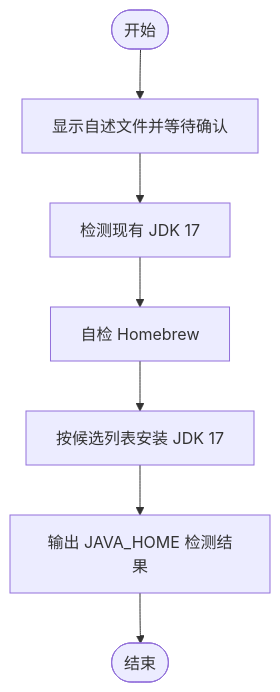
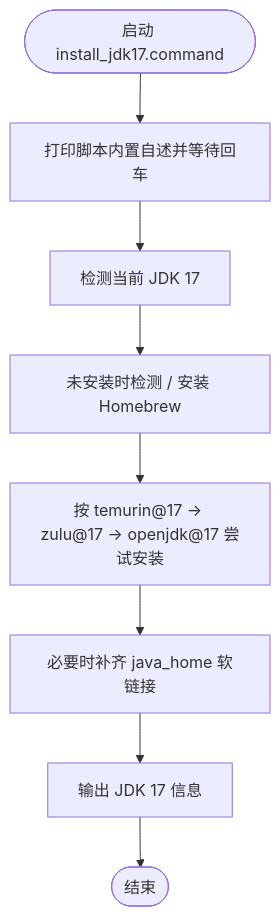
The diagram in scripts/install_jdk17.command/README.md (JobsKits/JobsMacEnvVarConfig), drawn with Mermaid before and after one commit. The commit also changed other lines of this file and 35 other files, not shown here.

````diff
--- a/scripts/install_jdk17.command/README.md
+++ b/scripts/install_jdk17.command/README.md
@@ -40,9 +36,18 @@
 ```mermaid
-graph TD
-    A([开始]) --> B[显示自述文件并等待确认]
-    B --> C[检测现有 JDK 17]
-    C --> D[自检 Homebrew]
-    D --> E[按候选列表安装 JDK 17]
-    E --> F[输出 JAVA_HOME 检测结果]
-    F --> Z([结束])
+flowchart TD
+    A([启动 install_jdk17.command])
+    B[打印脚本内置自述并等待回车]
+    A --> B
+    C[检测当前 JDK 17]
+    B --> C
+    D[未安装时检测 / 安装 Homebrew]
+    C --> D
+    E[按 temurin@17 → zulu@17 → openjdk@17 尝试安装]
+    D --> E
+    F[必要时补齐 java_home 软链接]
+    E --> F
+    G[输出 JDK 17 信息]
+    F --> G
+    H([结束])
+    G --> H
 ```
````
